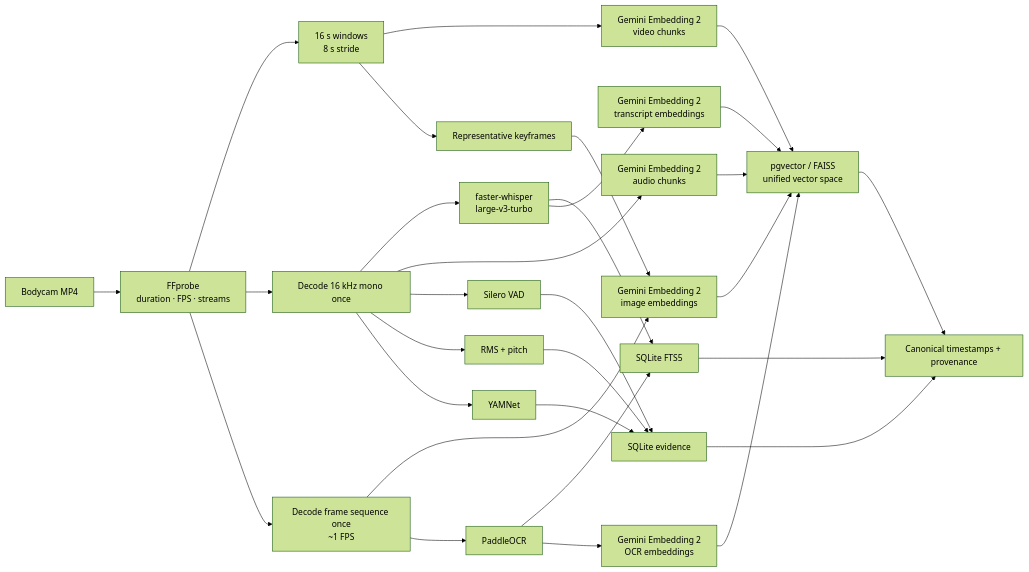
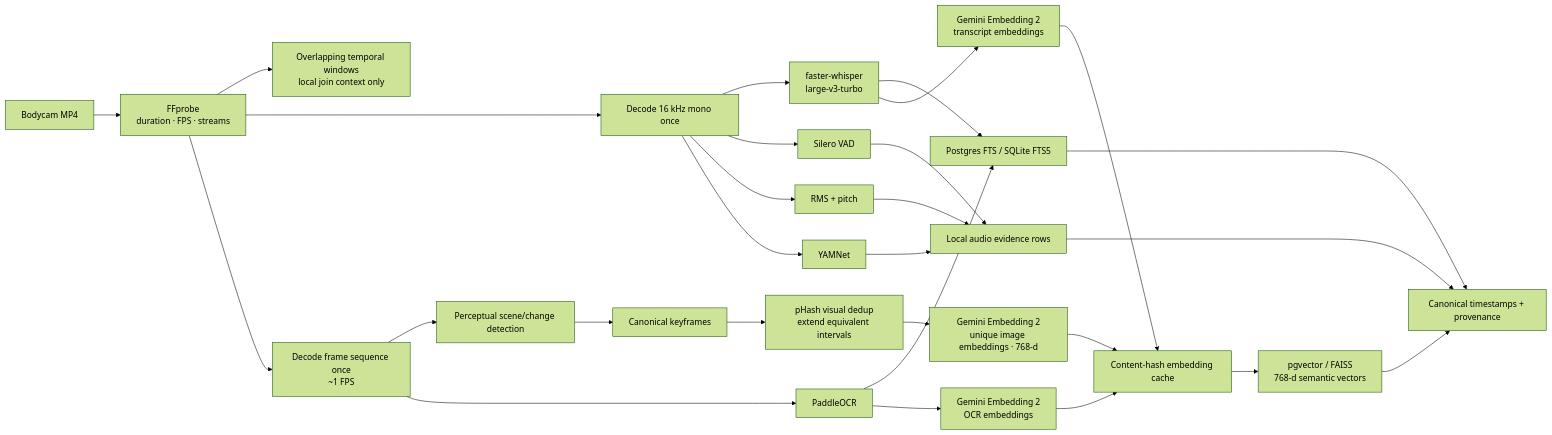
One commit to giaphoang/PatrolLens changed the third of 9 diagrams in SYSTEM_DESIGN.md. Above: the diagram before and after it, drawn with Mermaid (forest theme). The commit also changed other lines of this file and 24 other files, not shown here.

First line of the commit message:
feat(ingestion): dedupe keyframes and cache 768-d embeddings

````diff
--- a/SYSTEM_DESIGN.md
+++ b/SYSTEM_DESIGN.md
@@ -89,34 +91,32 @@
 ```mermaid
 flowchart LR
     V["Bodycam MP4"] --> PROBE["FFprobe<br/>duration · FPS · streams"]
-    PROBE --> SEG["16 s windows<br/>8 s stride"]
+    PROBE --> SEG["Overlapping temporal windows<br/>local join context only"]
     PROBE --> AUDIO["Decode 16 kHz mono once"]
     PROBE --> FRAMES["Decode frame sequence once<br/>~1 FPS"]
 
-    SEG --> VIDEO_EMB["Gemini Embedding 2<br/>video chunks"]
-    SEG --> KEYFRAMES["Representative keyframes"]
+    FRAMES --> CHANGE["Perceptual scene/change detection"]
+    CHANGE --> KEYFRAMES["Canonical keyframes"]
+    KEYFRAMES --> DEDUP["pHash visual dedup<br/>extend equivalent intervals"]
     AUDIO --> ASR["faster-whisper<br/>large-v3-turbo"]
-    AUDIO --> AUDIO_EMB["Gemini Embedding 2<br/>audio chunks"]
     AUDIO --> VAD["Silero VAD"]
     AUDIO --> PROSODY["RMS + pitch"]
     AUDIO --> EVENTS["YAMNet"]
-    FRAMES --> IMAGE_EMB["Gemini Embedding 2<br/>image embeddings"]
+    DEDUP --> IMAGE_EMB["Gemini Embedding 2<br/>unique image embeddings · 768-d"]
     FRAMES --> OCR["PaddleOCR"]
 
-    ASR --> FTS["SQLite FTS5"]
+    ASR --> FTS["Postgres FTS / SQLite FTS5"]
     ASR --> TEXT_EMB["Gemini Embedding 2<br/>transcript embeddings"]
     OCR --> FTS
     OCR --> OCR_EMB["Gemini Embedding 2<br/>OCR embeddings"]
-    VAD --> SQL["SQLite evidence"]
+    VAD --> SQL["Local audio evidence rows"]
     PROSODY --> SQL
     EVENTS --> SQL
-    KEYFRAMES --> IMAGE_EMB
-    VIDEO_EMB --> VEC["pgvector / FAISS<br/>unified vector space"]
-    IMAGE_EMB --> VEC
-    AUDIO_EMB --> VEC
-    TEXT_EMB --> VEC
-    OCR_EMB --> VEC
+    IMAGE_EMB --> CACHE["Content-hash embedding cache"]
+    TEXT_EMB --> CACHE
+    OCR_EMB --> CACHE
+    CACHE --> VEC["pgvector / FAISS<br/>768-d semantic vectors"]
     FTS --> META["Canonical timestamps + provenance"]
     SQL --> META
     VEC --> META
 ```
````
